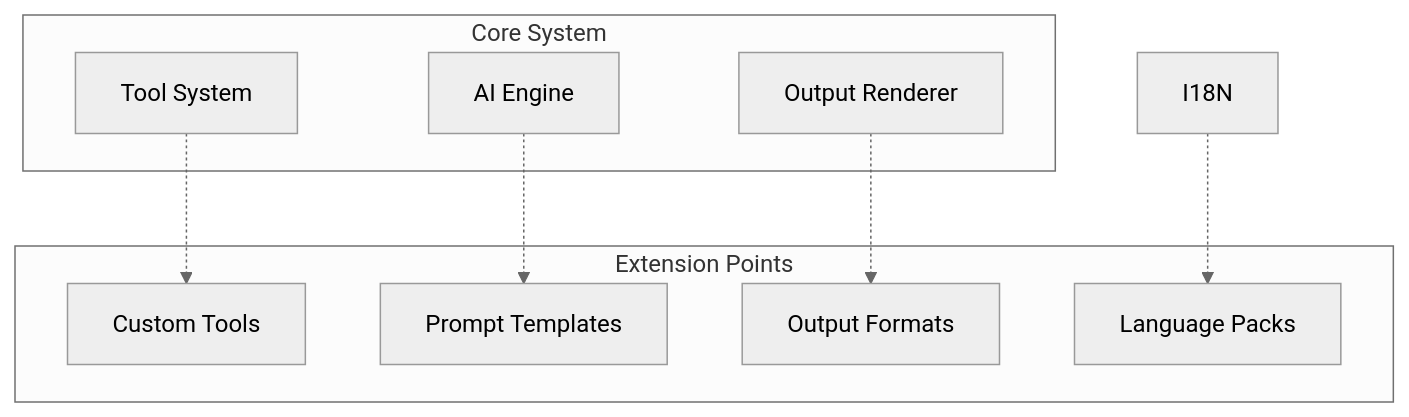
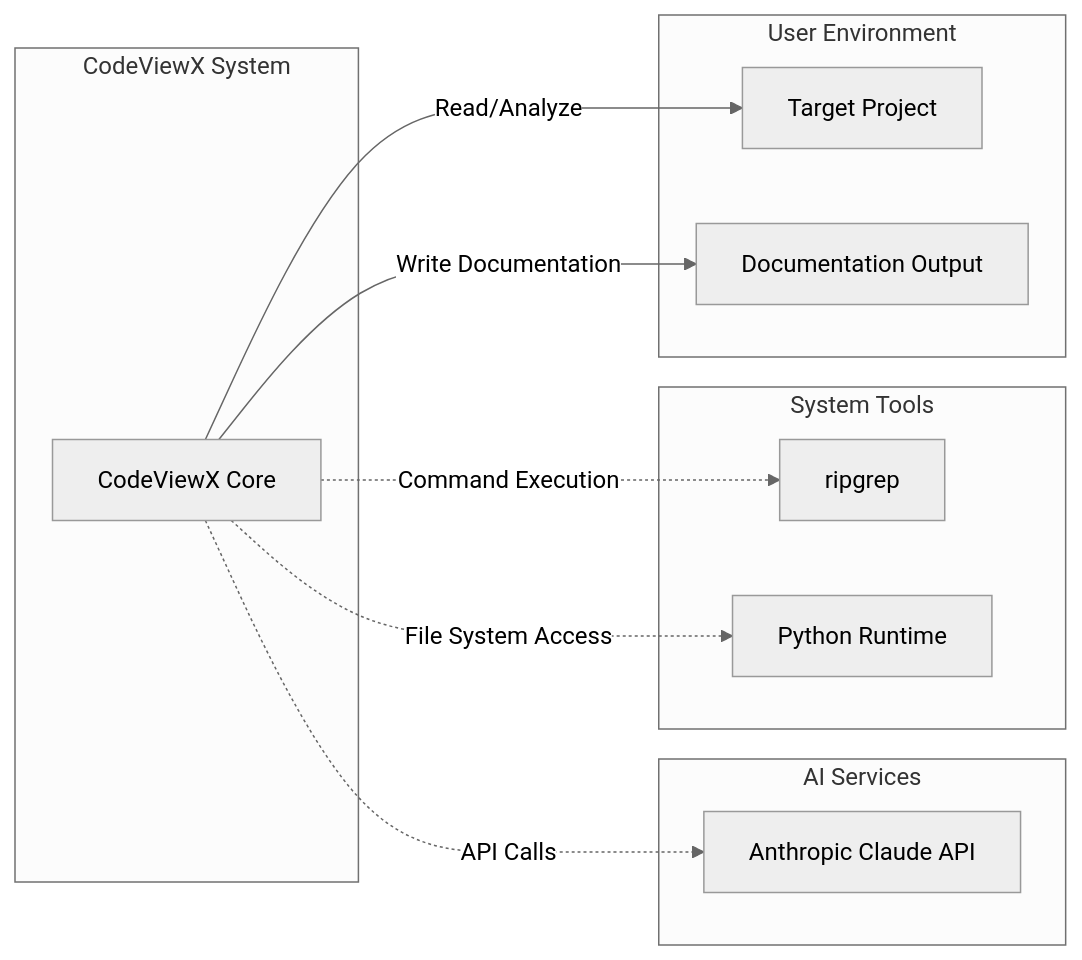
One commit to dean2021/codeviewx changed the fourth of 4 diagrams in docs/en/03-architecture.md. Above: the diagram before and after it, drawn with Mermaid (neutral theme). The commit also changed other lines of this file and 5 other files, not shown here.

First line of the commit message:
docs: Update documentation structure and include additional files for CodeViewX

````diff
--- a/docs/en/03-architecture.md
+++ b/docs/en/03-architecture.md
@@ -407,20 +340,26 @@
 ```mermaid
-graph TB
-    subgraph "Core System"
-        AI_ENGINE[AI Engine]
-        TOOL_SYSTEM[Tool System]
-        OUTPUT_RENDERER[Output Renderer]
+graph LR
+    subgraph "CodeViewX System"
+        CVX[CodeViewX Core]
     end
     
-    subgraph "Extension Points"
-        CUSTOM_TOOLS[Custom Tools]
-        PROMPTS[Prompt Templates]
-        FORMATS[Output Formats]
-        LANGUAGES[Language Packs]
+    subgraph "AI Services"
+        ANTHROPIC[Anthropic Claude API]
     end
     
-    AI_ENGINE -.-> PROMPTS
-    TOOL_SYSTEM -.-> CUSTOM_TOOLS
-    OUTPUT_RENDERER -.-> FORMATS
-    I18N -.-> LANGUAGES
+    subgraph "System Tools"
+        RIPGREP[ripgrep]
+        PYTHON[Python Runtime]
+    end
+    
+    subgraph "User Environment"
+        PROJECT[Target Project]
+        OUTPUT[Documentation Output]
+    end
+    
+    CVX -.->|API Calls| ANTHROPIC
+    CVX -.->|Command Execution| RIPGREP
+    CVX -.->|File System Access| PYTHON
+    CVX -->|Read/Analyze| PROJECT
+    CVX -->|Write Documentation| OUTPUT
 ```
````
